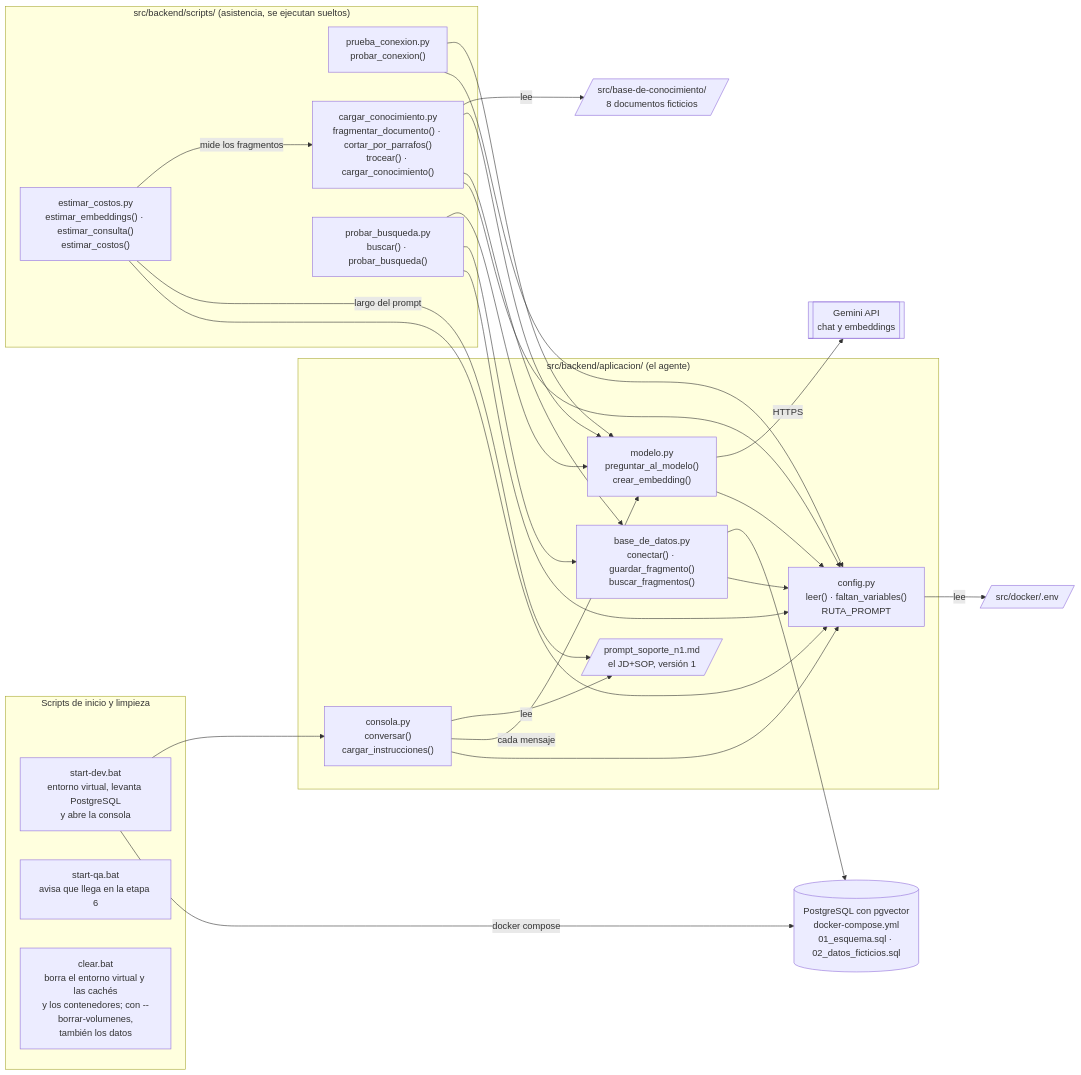
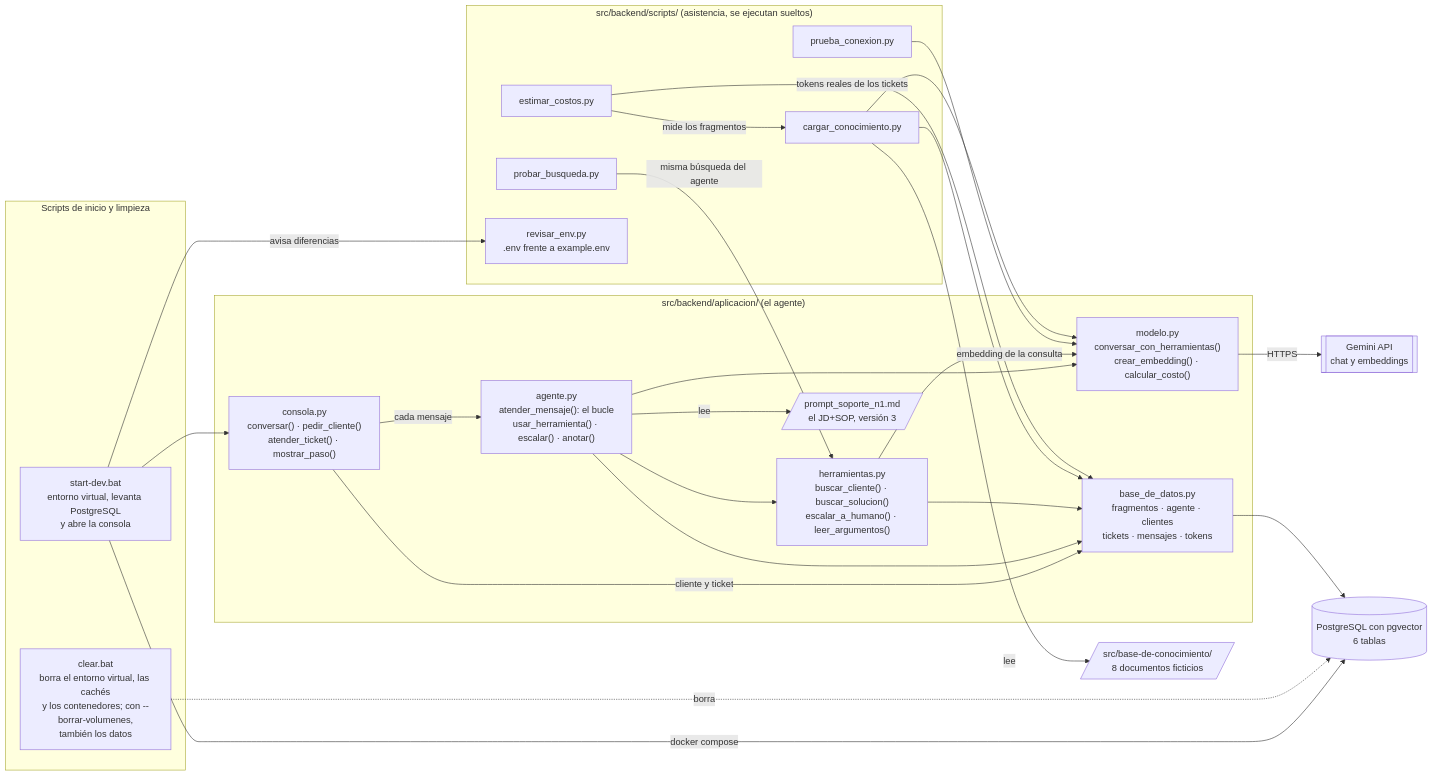
Before and after one commit to edgardo001/ai-agent-manager-estudio-aiam-certiprof-studio: the first of 5 diagrams in estudio/proyecto-agente/agente-soporte-n1/docs/diagramas-del-codigo.md, drawn with Mermaid. The commit also changed other lines of this file and 15 other files, not shown here.

Commit message:
docs(agente): documenta la etapa 3, sus revisiones, los proveedores y las decisiones D11 a D15

````diff
--- a/estudio/proyecto-agente/agente-soporte-n1/docs/diagramas-del-codigo.md
+++ b/estudio/proyecto-agente/agente-soporte-n1/docs/diagramas-del-codigo.md
@@ -13,51 +13,50 @@
 ```mermaid
 flowchart LR
     subgraph LANZ["Scripts de inicio y limpieza"]
         DEV["start-dev.bat<br/>entorno virtual, levanta PostgreSQL<br/>y abre la consola"]
-        QA["start-qa.bat<br/>avisa que llega en la etapa 6"]
-        CLR["clear.bat<br/>borra el entorno virtual y las cachés<br/>y los contenedores; con --borrar-volumenes,<br/>también los datos"]
+        CLR["clear.bat<br/>borra el entorno virtual, las cachés<br/>y los contenedores; con --borrar-volumenes,<br/>también los datos"]
+    end
+
+    subgraph BACK["src/backend/aplicacion/ (el agente)"]
+        CON["consola.py<br/>conversar() · pedir_cliente()<br/>atender_ticket() · mostrar_paso()"]
+        AGE["agente.py<br/>atender_mensaje(): el bucle<br/>usar_herramienta() · escalar() · anotar()"]
+        HER["herramientas.py<br/>buscar_cliente() · buscar_solucion()<br/>escalar_a_humano() · leer_argumentos()"]
+        MOD["modelo.py<br/>conversar_con_herramientas()<br/>crear_embedding() · calcular_costo()"]
+        BD["base_de_datos.py<br/>fragmentos · agente · clientes<br/>tickets · mensajes · tokens"]
+        PROMPT[/"prompt_soporte_n1.md<br/>el JD+SOP, versión 3"/]
     end
 
     subgraph SCR["src/backend/scripts/ (asistencia, se ejecutan sueltos)"]
-        PRU["prueba_conexion.py<br/>probar_conexion()"]
-        CAR["cargar_conocimiento.py<br/>fragmentar_documento() · cortar_por_parrafos()<br/>trocear() · cargar_conocimiento()"]
-        PBU["probar_busqueda.py<br/>buscar() · probar_busqueda()"]
-        EST["estimar_costos.py<br/>estimar_embeddings() · estimar_consulta()<br/>estimar_costos()"]
-    end
-
-    subgraph BACK["src/backend/aplicacion/ (el agente)"]
-        CON["consola.py<br/>conversar()<br/>cargar_instrucciones()"]
-        MOD["modelo.py<br/>preguntar_al_modelo()<br/>crear_embedding()"]
-        BD["base_de_datos.py<br/>conectar() · guardar_fragmento()<br/>buscar_fragmentos()"]
-        CFG["config.py<br/>leer() · faltan_variables()<br/>RUTA_PROMPT"]
-        PROMPT[/"prompt_soporte_n1.md<br/>el JD+SOP, versión 1"/]
+        PRU["prueba_conexion.py"]
+        CAR["cargar_conocimiento.py"]
+        PBU["probar_busqueda.py"]
+        EST["estimar_costos.py"]
+        REV["revisar_env.py<br/>.env frente a example.env"]
     end
 
     DOCS[/"src/base-de-conocimiento/<br/>8 documentos ficticios"/]
-    ENV[/"src/docker/.env"/]
-    PG[("PostgreSQL con pgvector<br/>docker-compose.yml<br/>01_esquema.sql · 02_datos_ficticios.sql")]
+    PG[("PostgreSQL con pgvector<br/>6 tablas")]
     GEM[["Gemini API<br/>chat y embeddings"]]
 
     DEV --> CON
     DEV -->|docker compose| PG
-    CON -->|lee| PROMPT
-    CON -->|cada mensaje| MOD
+    CLR -.->|borra| PG
+    CON -->|cada mensaje| AGE
+    CON -->|cliente y ticket| BD
+    AGE -->|lee| PROMPT
+    AGE --> MOD
+    AGE --> HER
+    AGE --> BD
+    HER -->|embedding de la consulta| MOD
+    HER --> BD
     PRU --> MOD
     CAR -->|lee| DOCS
     CAR --> MOD
     CAR --> BD
-    PBU --> MOD
-    PBU --> BD
+    PBU -->|misma búsqueda del agente| HER
+    EST -->|mide los fragmentos| CAR
+    EST -->|tokens reales de los tickets| BD
+    DEV -->|avisa diferencias| REV
     MOD -->|HTTPS| GEM
     BD --> PG
-    CON --> CFG
-    PRU --> CFG
-    CAR --> CFG
-    PBU --> CFG
-    EST -->|mide los fragmentos| CAR
-    EST -->|largo del prompt| PROMPT
-    EST --> CFG
-    MOD --> CFG
-    BD --> CFG
-    CFG -->|lee| ENV
 ```
````
